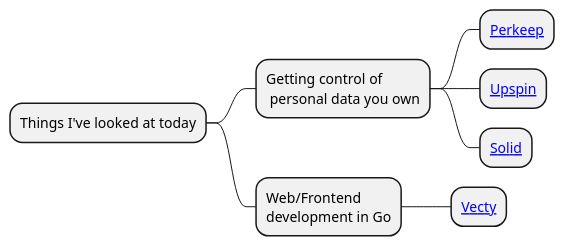
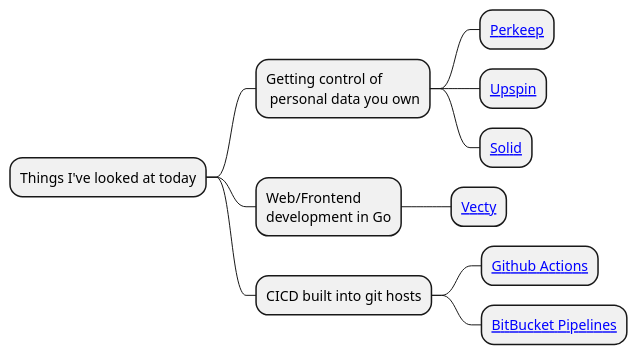
Before and after one commit to marzolfb/gh-actions-plantuml-autogen-test: the diagram in sample.puml, drawn with PlantUML.

```diff
--- a/sample.puml
+++ b/sample.puml
@@ -1,9 +1,12 @@
 @startmindmap
 * Things I've looked at today
 ** Getting control of \n personal data you own
 *** [[https://perkeep.org/ Perkeep]]
 *** [[https://upspin.io/ Upspin]]
 *** [[https://solid.inrupt.com/ Solid]]
 ** Web/Frontend \ndevelopment in Go
 *** [[https://github.com/gopherjs/vecty Vecty]]
+** CICD built into git hosts
+*** [[https://help.github.com/en/actions/automating-your-workflow-with-github-actions Github Actions]]
+*** [[https://confluence.atlassian.com/bitbucket/build-test-and-deploy-with-pipelines-792496469.html BitBucket Pipelines]]
 @endmindmap
```
